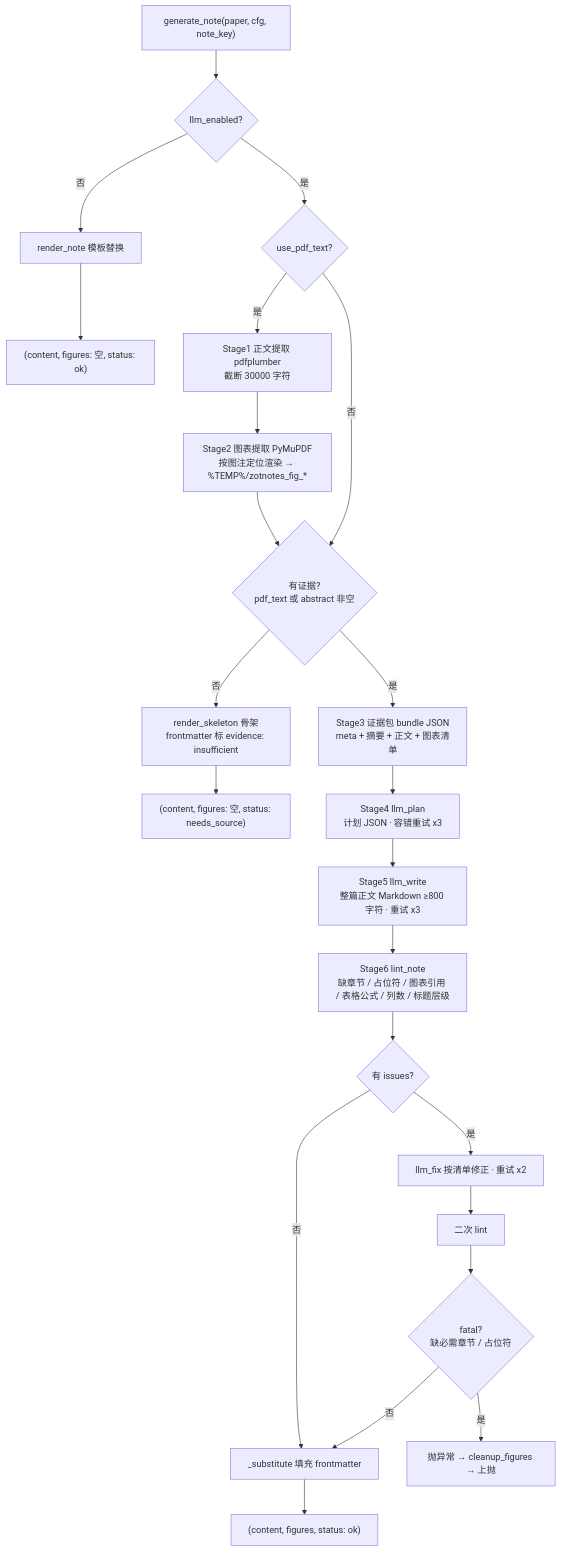
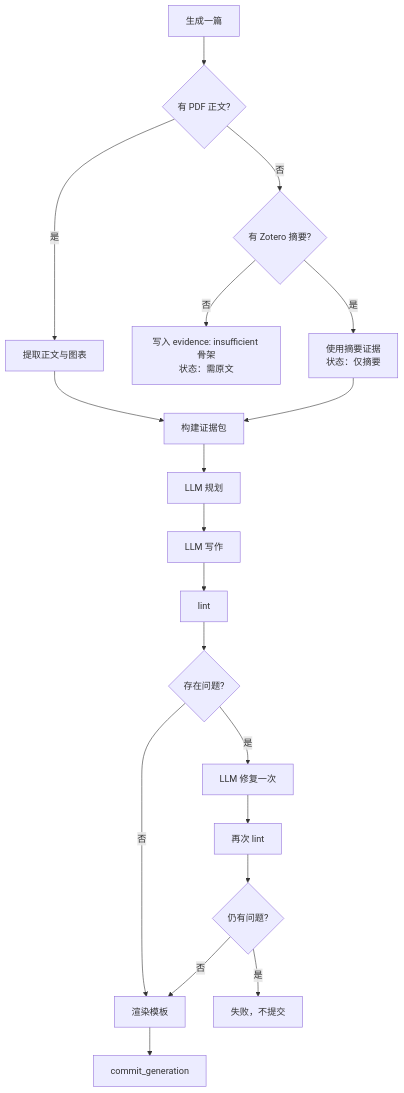
Before and after one commit to S0gn-G/ZOTERO-OBS: the third of 4 diagrams in 架构流程图.md, drawn with Mermaid. The commit also changed other lines of this file and 18 other files, not shown here.

````diff
--- a/架构流程图.md
+++ b/架构流程图.md
@@ -96,27 +43,21 @@
 ```mermaid
 flowchart TD
-    A["generate_note(paper, cfg, note_key)"] --> B{"llm_enabled?"}
-    B -- 否 --> R0["render_note 模板替换"]
-    R0 --> O0["(content, figures: 空, status: ok)"]
-
-    B -- 是 --> C{"use_pdf_text?"}
-    C -- 是 --> D["Stage1 正文提取 pdfplumber<br/>截断 30000 字符"]
-    D --> E["Stage2 图表提取 PyMuPDF<br/>按图注定位渲染 → %TEMP%/zotnotes_fig_*"]
-    E --> G
-    C -- 否 --> G{"有证据?<br/>pdf_text 或 abstract 非空"}
-    G -- 否 --> S["render_skeleton 骨架<br/>frontmatter 标 evidence: insufficient"]
-    S --> O1["(content, figures: 空, status: needs_source)"]
-
-    G -- 是 --> H["Stage3 证据包 bundle JSON<br/>meta + 摘要 + 正文 + 图表清单"]
-    H --> I["Stage4 llm_plan<br/>计划 JSON · 容错重试 x3"]
-    I --> J["Stage5 llm_write<br/>整篇正文 Markdown ≥800 字符 · 重试 x3"]
-    J --> K["Stage6 lint_note<br/>缺章节 / 占位符 / 图表引用 / 表格公式 / 列数 / 标题层级"]
-    K --> L{"有 issues?"}
-    L -- 是 --> M["llm_fix 按清单修正 · 重试 x2"]
-    M --> K2["二次 lint"]
-    K2 --> L2{"fatal?<br/>缺必需章节 / 占位符"}
-    L -- 否 --> N["_substitute 填充 frontmatter"]
-    L2 -- 是 --> ERR["抛异常 → cleanup_figures → 上抛"]
-    L2 -- 否 --> N
-    N --> O2["(content, figures, status: ok)"]
+    A["生成一篇"] --> B{"有 PDF 正文?"}
+    B -- 是 --> C["提取正文与图表"]
+    B -- 否 --> D{"有 Zotero 摘要?"}
+    D -- 否 --> E["写入 evidence: insufficient 骨架<br/>状态：需原文"]
+    D -- 是 --> F["使用摘要证据<br/>状态：仅摘要"]
+    C --> G["构建证据包"]
+    F --> G
+    G --> H["LLM 规划"]
+    H --> I["LLM 写作"]
+    I --> J["lint"]
+    J --> K{"存在问题?"}
+    K -- 是 --> L["LLM 修复一次"]
+    L --> M["再次 lint"]
+    K -- 否 --> N["渲染模板"]
+    M --> O{"仍有问题?"}
+    O -- 是 --> X["失败，不提交"]
+    O -- 否 --> N
+    N --> P["commit_generation"]
 ```
````
